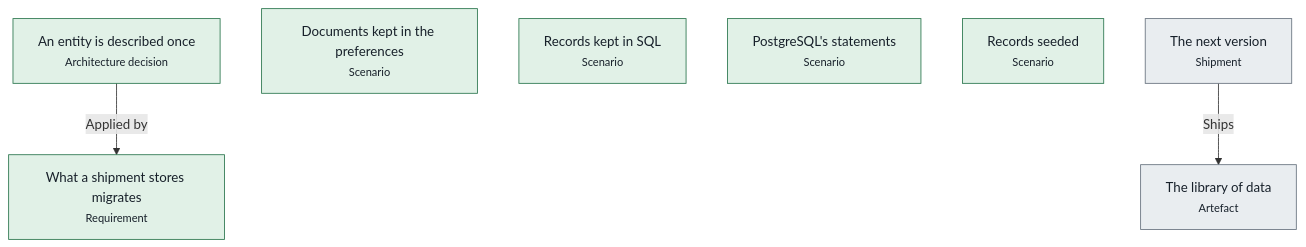
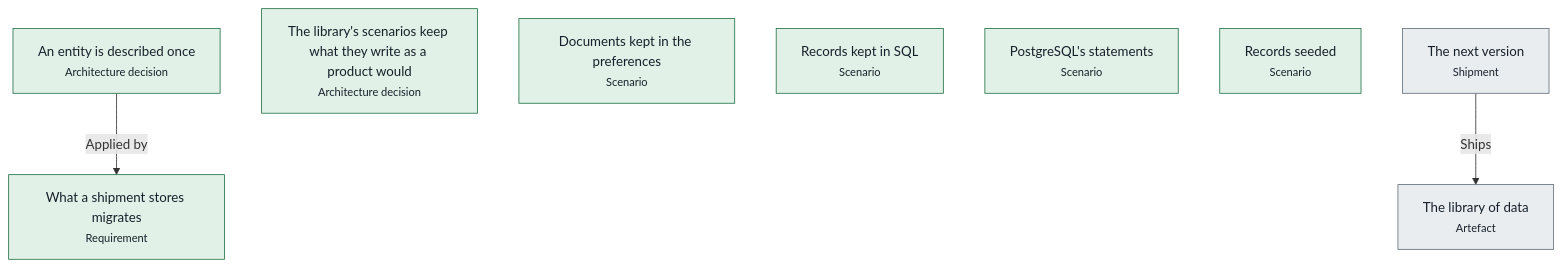
The first of 2 diagrams in libs/data/docs/pipelines.md (advancedcognitivesystems-ai/trame), drawn with Mermaid before and after one commit. The commit also changed other lines of this file and 441 other files, not shown here.

First line of the commit message:
Every choice backed by an architecture decision; one comparison of builds

````diff
--- a/libs/data/docs/pipelines.md
+++ b/libs/data/docs/pipelines.md
@@ -15,18 +15,19 @@
 ```mermaid
 flowchart TB
   n0["The library of data<br/><small>Artefact</small>"]:::unknown
   n1["An entity is described once<br/><small>Architecture decision</small>"]:::held
-  n2["Documents kept in the preferences<br/><small>Scenario</small>"]:::held
-  n3["Records kept in SQL<br/><small>Scenario</small>"]:::held
-  n4["PostgreSQL's statements<br/><small>Scenario</small>"]:::held
-  n5["Records seeded<br/><small>Scenario</small>"]:::held
-  n6["What a shipment stores migrates<br/><small>Requirement</small>"]:::held
-  n7["The next version<br/><small>Shipment</small>"]:::unknown
-  n1 -->|Applied by| n6
-  n7 -->|Ships| n0
+  n2["The library's scenarios keep what they write as a product would<br/><small>Architecture decision</small>"]:::held
+  n3["Documents kept in the preferences<br/><small>Scenario</small>"]:::held
+  n4["Records kept in SQL<br/><small>Scenario</small>"]:::held
+  n5["PostgreSQL's statements<br/><small>Scenario</small>"]:::held
+  n6["Records seeded<br/><small>Scenario</small>"]:::held
+  n7["What a shipment stores migrates<br/><small>Requirement</small>"]:::held
+  n8["The next version<br/><small>Shipment</small>"]:::unknown
+  n1 -->|Applied by| n7
+  n8 -->|Ships| n0
   classDef held fill:#e1f1e7,stroke:#26734a,color:#17202a
   classDef blocked fill:#fbf0d9,stroke:#9a6200,color:#17202a
   classDef violated fill:#f9e3e1,stroke:#ad2a22,color:#17202a
   classDef unknown fill:#e9edf0,stroke:#65707c,color:#17202a
   classDef neutral fill:#ffffff,stroke:#5a6672,color:#17202a
 ```
````
